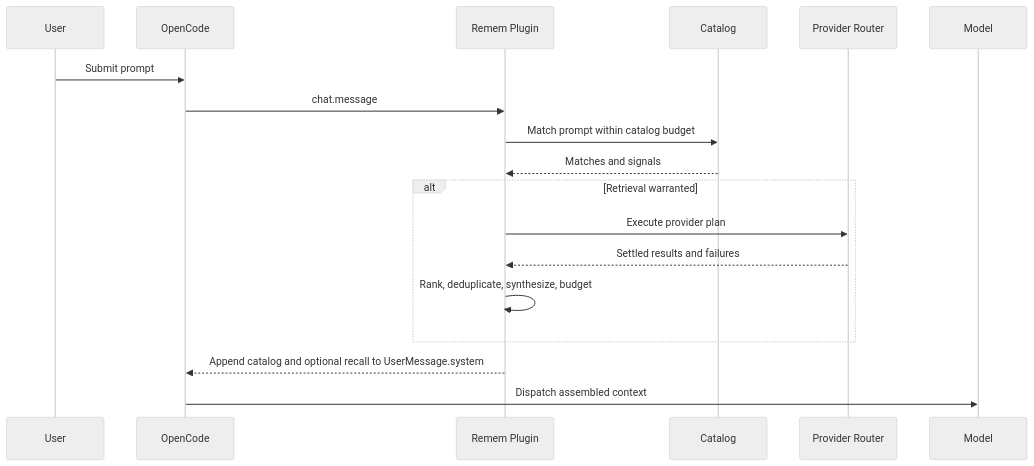
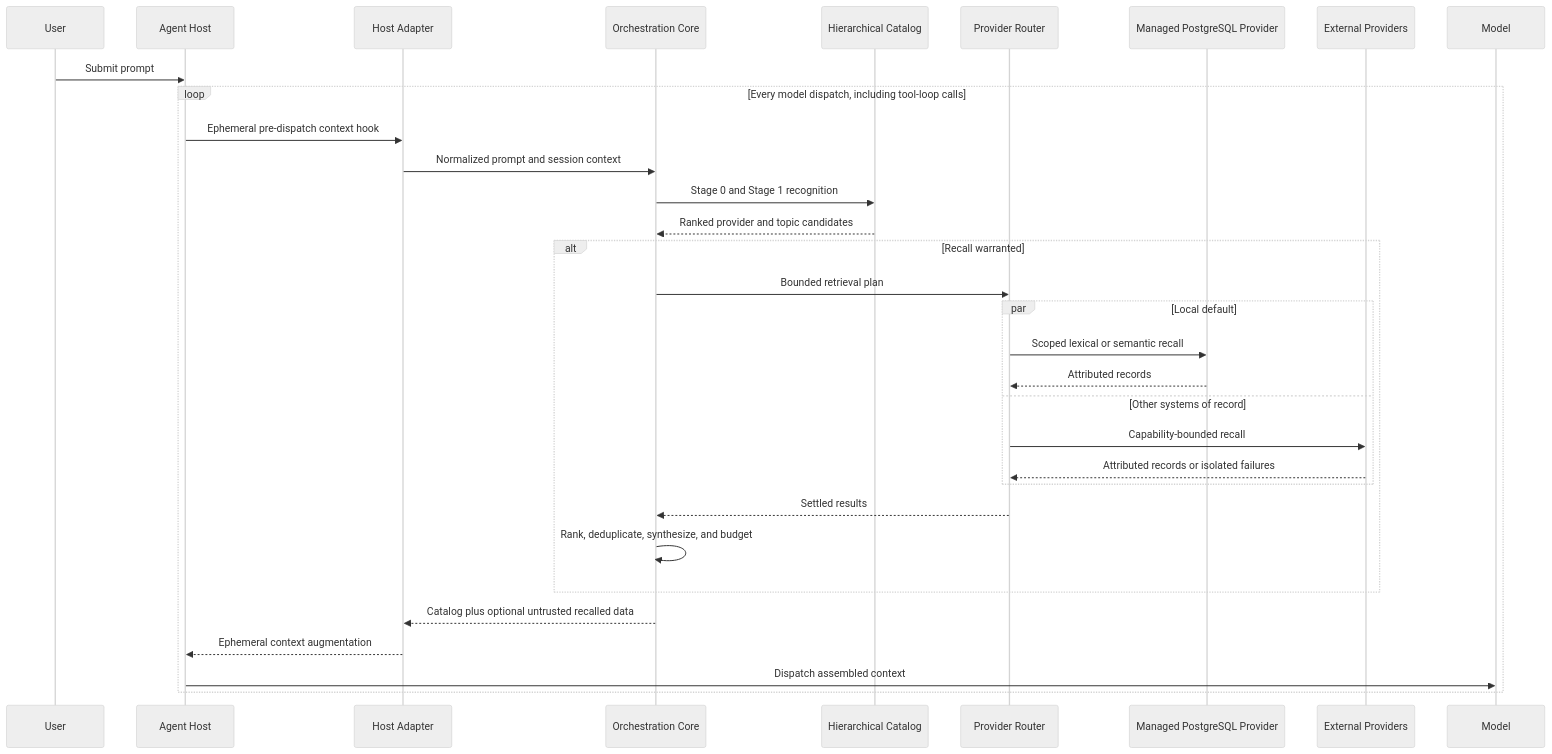
Before and after one commit to cgkades/remem: the first of 5 diagrams in docs/architecture.md, drawn with Mermaid (neutral theme). The commit also changed other lines of this file and 12 other files, not shown here.

Commit message:
docs: define managed memory architecture

````diff
--- a/docs/architecture.md
+++ b/docs/architecture.md
@@ -38,21 +52,35 @@
 ```mermaid
 sequenceDiagram
     participant U as User
-    participant O as OpenCode
-    participant P as Remem Plugin
-    participant C as Catalog
+    participant H as Agent Host
+    participant A as Host Adapter
+    participant O as Orchestration Core
+    participant C as Hierarchical Catalog
     participant R as Provider Router
+    participant P as Managed PostgreSQL Provider
+    participant E as External Providers
     participant M as Model
 
-    U->>O: Submit prompt
-    O->>P: chat.message
-    P->>C: Match prompt within catalog budget
-    C-->>P: Matches and signals
-    alt Retrieval warranted
-        P->>R: Execute provider plan
-        R-->>P: Settled results and failures
-        P->>P: Rank, deduplicate, synthesize, budget
+    U->>H: Submit prompt
+    loop Every model dispatch, including tool-loop calls
+        H->>A: Ephemeral pre-dispatch context hook
+        A->>O: Normalized prompt and session context
+        O->>C: Stage 0 and Stage 1 recognition
+        C-->>O: Ranked provider and topic candidates
+        alt Recall warranted
+            O->>R: Bounded retrieval plan
+            par Local default
+                R->>P: Scoped lexical or semantic recall
+                P-->>R: Attributed records
+            and Other systems of record
+                R->>E: Capability-bounded recall
+                E-->>R: Attributed records or isolated failures
+            end
+            R-->>O: Settled results
+            O->>O: Rank, deduplicate, synthesize, and budget
+        end
+        O-->>A: Catalog plus optional untrusted recalled data
+        A-->>H: Ephemeral context augmentation
+        H->>M: Dispatch assembled context
     end
-    P-->>O: Append catalog and optional recall to UserMessage.system
-    O->>M: Dispatch assembled context
 ```
````
